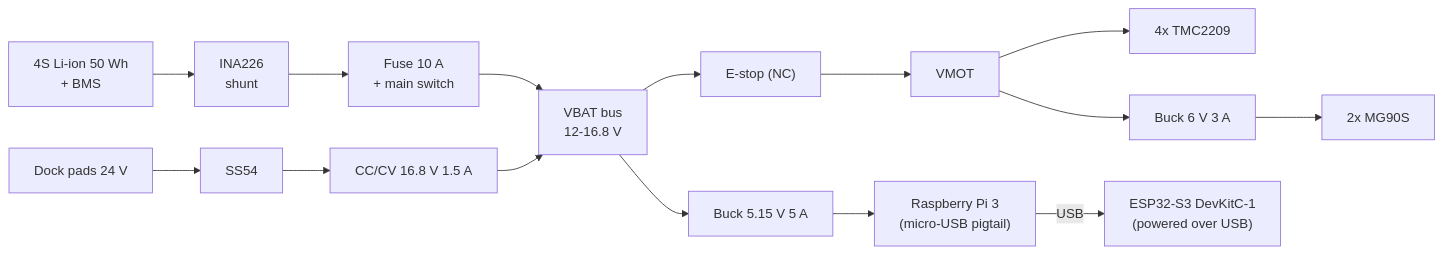
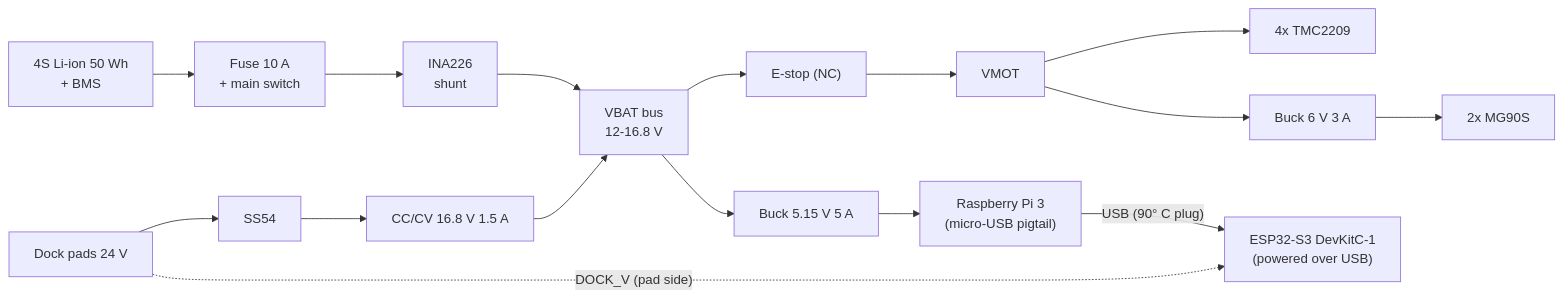
One commit to freethought101/RackBotGen3 changed the diagram in docs/spec/02-electrical.md. Above: the diagram before and after it, drawn with Mermaid. The commit also changed other lines of this file and 39 other files, not shown here.

````diff
--- a/docs/spec/02-electrical.md
+++ b/docs/spec/02-electrical.md
@@ -19,10 +19,11 @@
 ```mermaid
 flowchart LR
-  BAT["4S Li-ion 50 Wh\n+ BMS"] --> INA["INA226\nshunt"] --> F["Fuse 10 A\n+ main switch"] --> BUS["VBAT bus\n12-16.8 V"]
+  BAT["4S Li-ion 50 Wh\n+ BMS"] --> F["Fuse 10 A\n+ main switch"] --> INA["INA226\nshunt"] --> BUS["VBAT bus\n12-16.8 V"]
   DOCK["Dock pads 24 V"] --> D["SS54"] --> CHG["CC/CV 16.8 V 1.5 A"] --> BUS
+  DOCK -. "DOCK_V (pad side)" .-> ESP
   BUS --> ES["E-stop (NC)"] --> VMOT["VMOT"]
   VMOT --> TMC["4x TMC2209"]
   VMOT --> B6["Buck 6 V 3 A"] --> SERVO["2x MG90S"]
   BUS --> B5["Buck 5.15 V 5 A"] --> PI["Raspberry Pi 3\n(micro-USB pigtail)"]
-  PI -- USB --> ESP["ESP32-S3 DevKitC-1\n(powered over USB)"]
+  PI -- "USB (90° C plug)" --> ESP["ESP32-S3 DevKitC-1\n(powered over USB)"]
 ```
````
